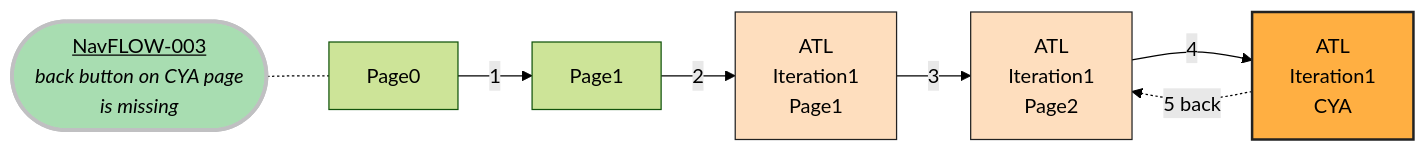
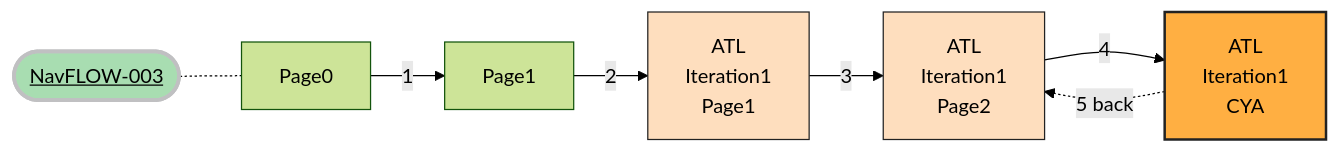
One commit to hmrc/gform-frontend changed the third of 20 diagrams in Navigation.md. Above: the diagram before and after it, drawn with Mermaid. The commit also changed other lines of this file, not shown here.

````diff
--- a/Navigation.md
+++ b/Navigation.md
@@ -54,30 +54,30 @@
 ```mermaid
 %%{init: {'theme': 'forest', "flowchart" : { "curve" : "basis" } } }%%
 graph LR;
-    title([<u>NavFLOW-003</u><br><i>back button on CYA page <br>is missing])
+    title([<u>NavFLOW-003</u>])
     title -.- Page0
     Page0 --> |1| Page1
     Page1 --> |2| ATLPage1["ATL<br>Iteration1<br>Page1"]
 
     ATLPage1 --> |3| ATLPage2["ATL<br>Iteration1<br>Page2"]
     ATLPage2 --> |4| ATLCYA11[ATL<br>Iteration1<br>CYA]
 
     ATLCYA11 -.5 back.-> ATLPage2
 
 
     classDef orange fill:#fedebe,stroke:#222,stroke-width:1px
     classDef orangeCYA fill:#ffaf42,stroke:#222,stroke-width:2px
     classDef orangeRepeater fill:#fe6e00,stroke:#222,stroke-width:3px
     class ATLRepeater orangeRepeater
     class ATLPage2 orange
     class ATLPage1 orange
     class ATLPage12 orange
     class ATLPage22 orange
     class ATLRepeater2 orangeRepeater
     class ATLCYA11 orangeCYA
     classDef redTitle fill:#c21807 ,stroke:#c0c0c2,stroke-width:3px
     classDef greenTitle fill:#a8ddb1 ,stroke:#c0c0c2,stroke-width:3px
     class title greenTitle
 
 
 ```
````
